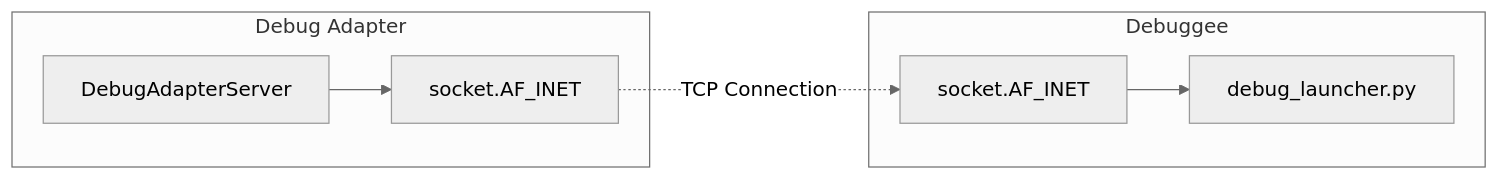
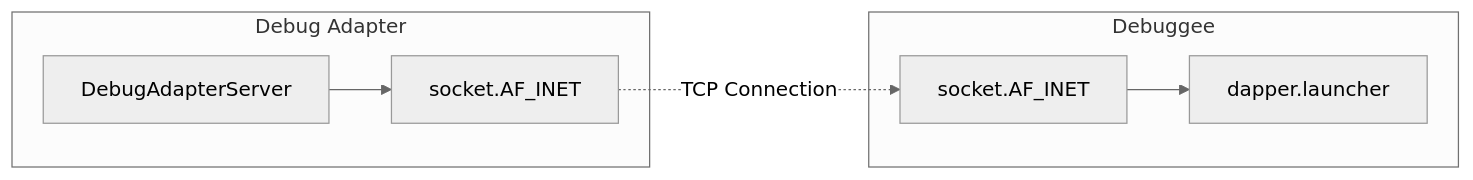
One commit to jnsquire/dapper changed the ninth of 16 diagrams in doc/reference/operational-modes.md. Above: the diagram before and after it, drawn with Mermaid (neutral theme). The commit also changed other lines of this file and 9 other files, not shown here.

Commit message:
refactor: Update launcher references from debug_launcher to launcher across documentation and code

````diff
--- a/doc/reference/operational-modes.md
+++ b/doc/reference/operational-modes.md
@@ -263,16 +263,16 @@
 ```mermaid
 graph LR
     subgraph "Debug Adapter"
         DA[DebugAdapterServer]
         TCPListener[socket.AF_INET]
     end
     
     subgraph "Debuggee"
         TCPClient[socket.AF_INET]
-        Launcher[debug_launcher.py]
+        Launcher[dapper.launcher]
     end
     
     DA --> TCPListener
     TCPListener -.->|TCP Connection| TCPClient
     TCPClient --> Launcher
 ```
````
